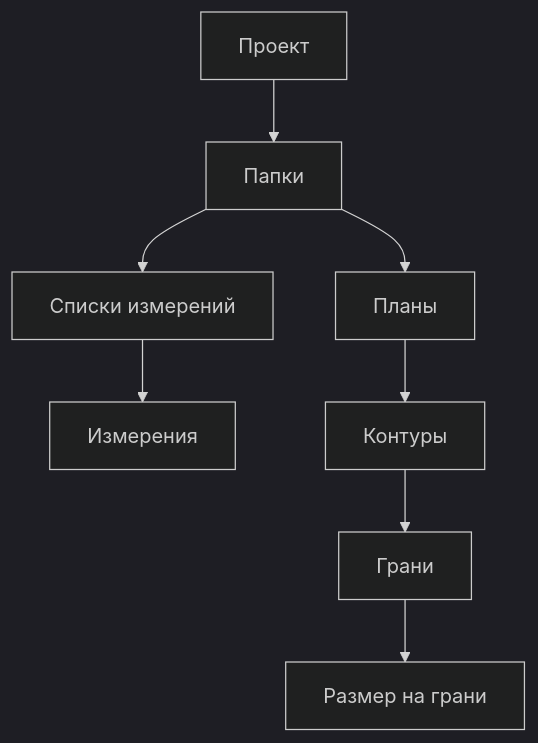
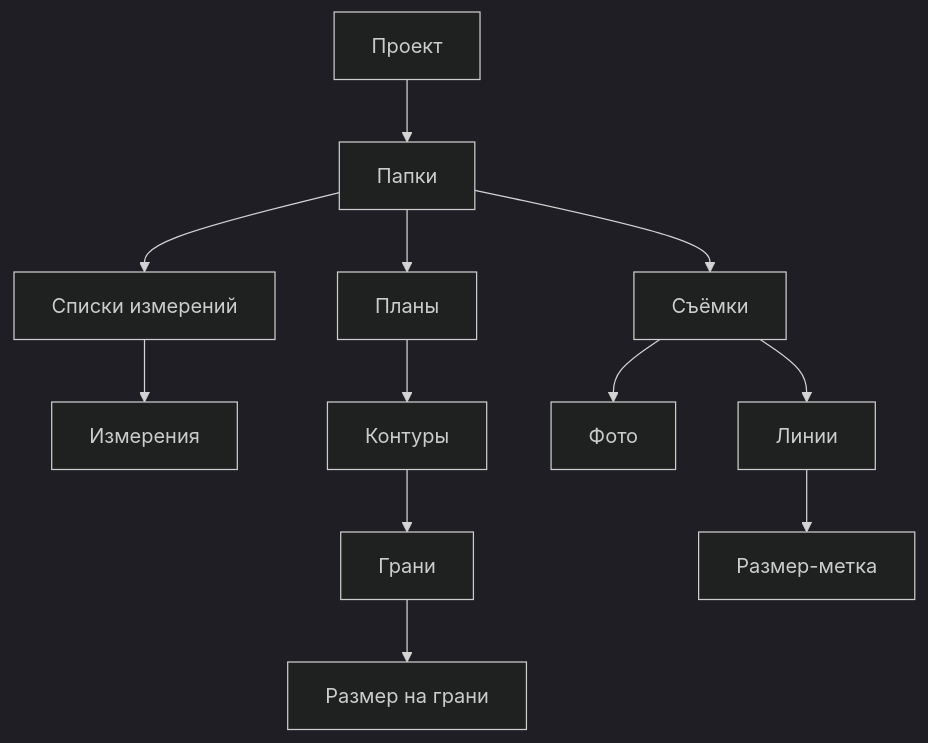
The diagram in docs/domain-model.md (const-neshumaev/plan-and-measure), drawn with Mermaid (dark theme) before and after one commit. The commit also changed other lines of this file and 39 other files, not shown here.

````diff
--- a/docs/domain-model.md
+++ b/docs/domain-model.md
@@ -15,10 +16,14 @@
 ```mermaid
 graph TD
     Project["Проект"] --> Folders["Папки"]
     Folders --> Lists["Списки измерений"]
     Folders --> Plans["Планы"]
+    Folders --> Surveys["Съёмки"]
     Lists --> Measurements["Измерения"]
     Plans --> Contours["Контуры"]
     Contours --> Edges["Грани"]
     Edges --> Dimensions["Размер на грани"]
+    Surveys --> Photo["Фото"]
+    Surveys --> Segments["Линии"]
+    Segments --> Labels["Размер-метка"]
 ```
````
